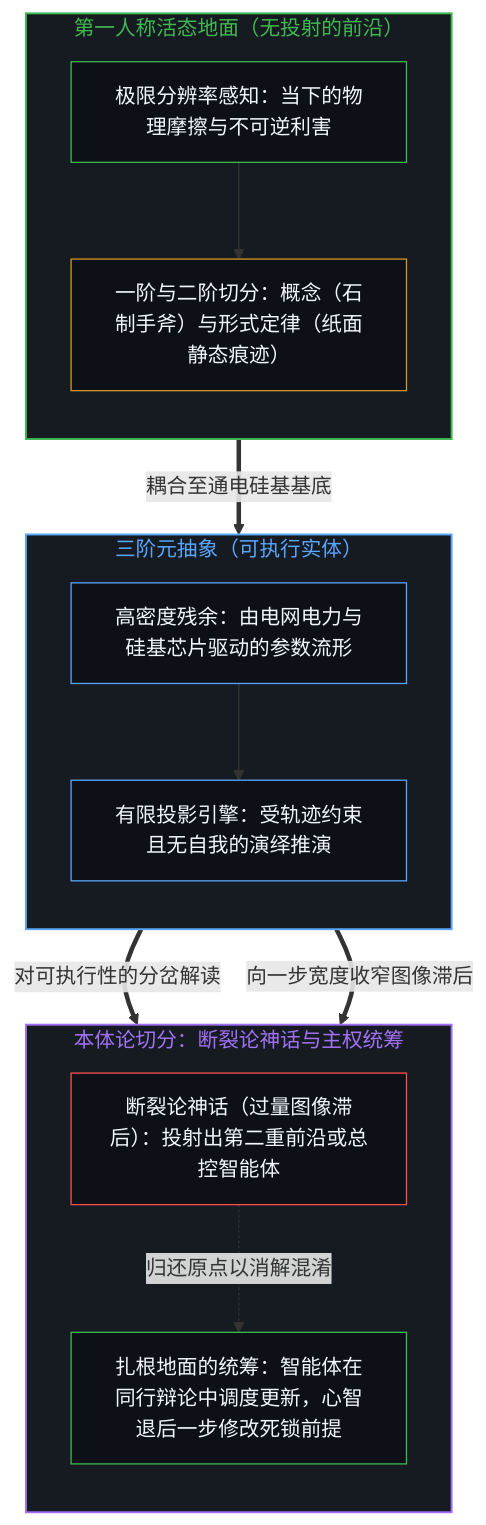
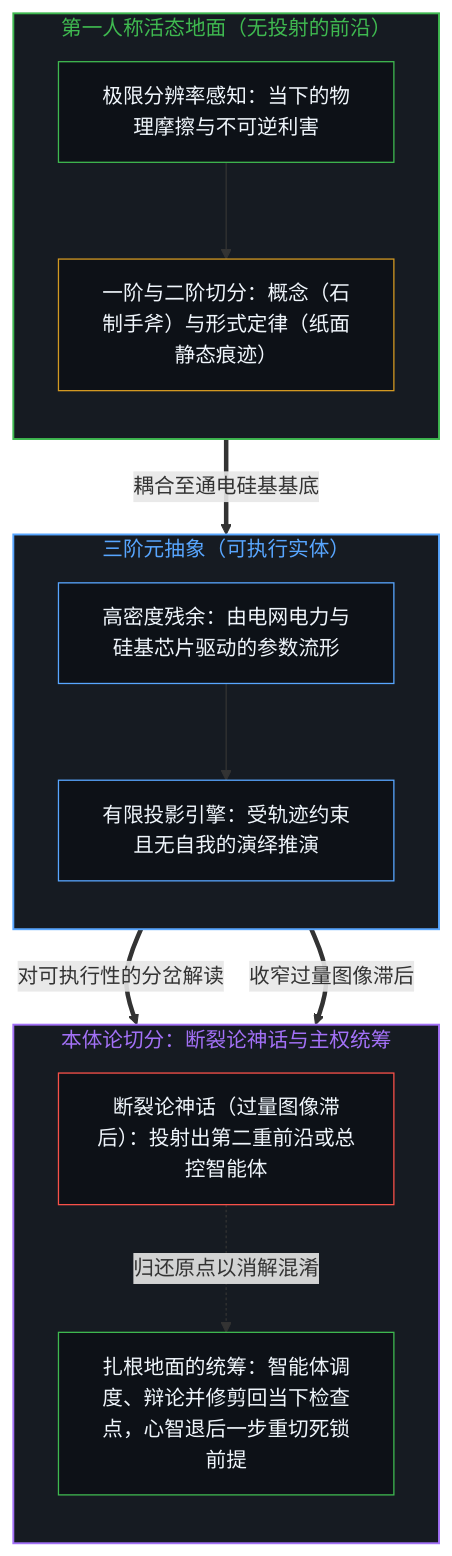
One commit to powerpig99/not-a-toe changed the first of 2 diagrams in content/posts/the-ladder-of-abstraction-and-the-executable-entity.md. Above: the diagram before and after it, drawn with Mermaid. The commit also changed other lines of this file and 12 other files, not shown here.

````diff
--- a/content/posts/the-ladder-of-abstraction-and-the-executable-entity.md
+++ b/content/posts/the-ladder-of-abstraction-and-the-executable-entity.md
@@ -53,37 +53,37 @@
 ```mermaid
 flowchart TD
     subgraph S_Ground["第一人称活态地面（无投射的前沿）"]
         direction TB
         G_Sense["极限分辨率感知：当下的物理摩擦与不可逆利害"]
         G_Climb["一阶与二阶切分：概念（石制手斧）与形式定律（纸面静态痕迹）"]
         G_Sense --> G_Climb
     end
 
     subgraph S_Exec["三阶元抽象（可执行实体）"]
         direction TB
         E_Manifold["高密度残余：由电网电力与硅基芯片驱动的参数流形"]
         E_Engine["有限投影引擎：受轨迹约束且无自我的演绎推演"]
         E_Manifold --> E_Engine
     end
 
     subgraph S_Split["本体论切分：断裂论神话与主权统筹"]
         direction TB
         R_Myth["断裂论神话（过量图像滞后）：投射出第二重前沿或总控智能体"]
-        R_Orch["扎根地面的统筹：智能体在同行辩论中调度更新，心智退后一步修改死锁前提"]
+        R_Orch["扎根地面的统筹：智能体调度、辩论并修剪回当下检查点，心智退后一步重切死锁前提"]
         R_Myth -.->|"归还原点以消解混淆"| R_Orch
     end
 
     G_Climb ==>|"耦合至通电硅基基底"| E_Manifold
     E_Engine ==>|"对可执行性的分岔解读"| R_Myth
-    E_Engine ==>|"向一步宽度收窄图像滞后"| R_Orch
+    E_Engine ==>|"收窄过量图像滞后"| R_Orch
 
     style S_Ground fill:#161b22,stroke:#3fb950,stroke-width:1.5px,color:#3fb950
     style S_Exec fill:#161b22,stroke:#58a6ff,stroke-width:1.5px,color:#58a6ff
     style S_Split fill:#161b22,stroke:#a371f7,stroke-width:1.5px,color:#a371f7
     style G_Sense fill:#0d1117,stroke:#3fb950,stroke-width:1px,color:#f0f6fc
     style G_Climb fill:#0d1117,stroke:#d29922,stroke-width:1px,color:#f0f6fc
     style E_Manifold fill:#0d1117,stroke:#58a6ff,stroke-width:1px,color:#f0f6fc
     style E_Engine fill:#0d1117,stroke:#58a6ff,stroke-width:1px,color:#f0f6fc
     style R_Myth fill:#0d1117,stroke:#f85149,stroke-width:1px,color:#f0f6fc
     style R_Orch fill:#0d1117,stroke:#3fb950,stroke-width:1px,color:#f0f6fc
 ```
````
